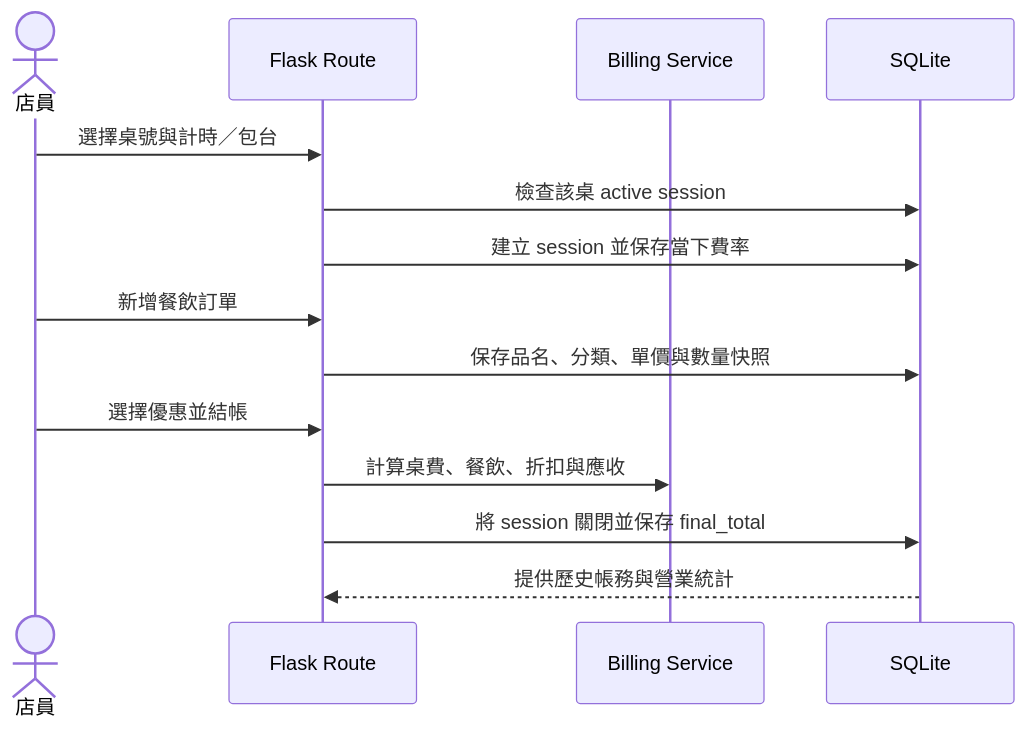
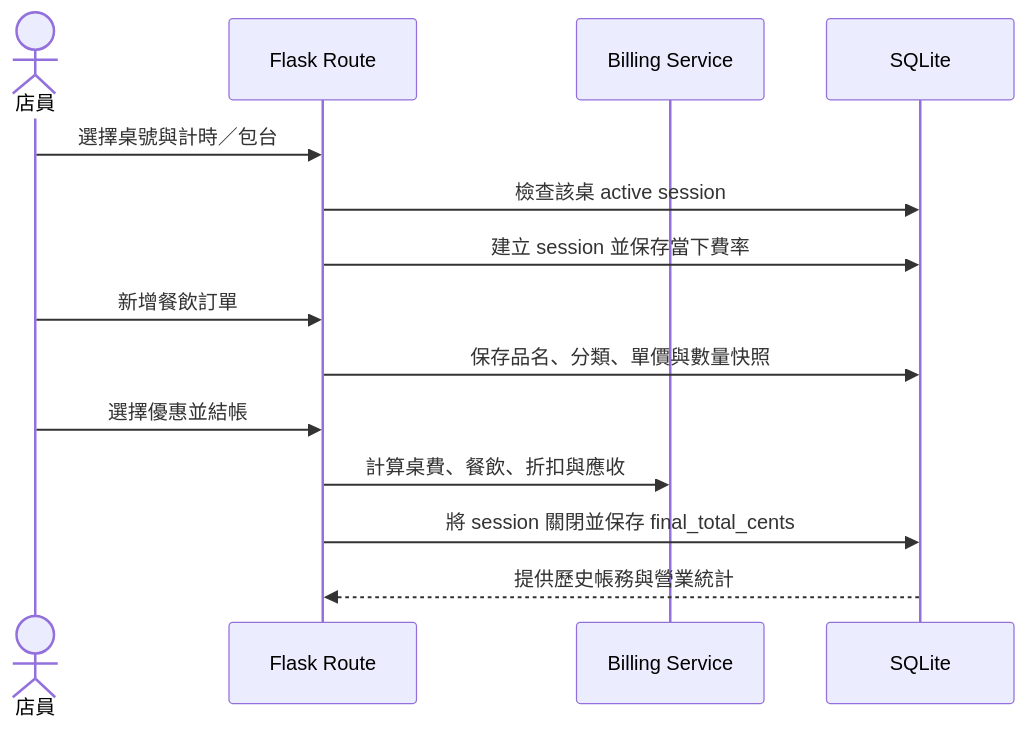
Before and after one commit to cloud-sky-0128/billiard-management-system: the third of 3 diagrams in README.md, drawn with Mermaid. The commit also changed other lines of this file and 20 other files, not shown here.

````diff
--- a/README.md
+++ b/README.md
@@ -241,17 +241,17 @@
 ```mermaid
 sequenceDiagram
     actor Staff as 店員
     participant Web as Flask Route
     participant Billing as Billing Service
     participant DB as SQLite
 
     Staff->>Web: 選擇桌號與計時／包台
     Web->>DB: 檢查該桌 active session
     Web->>DB: 建立 session 並保存當下費率
     Staff->>Web: 新增餐飲訂單
     Web->>DB: 保存品名、分類、單價與數量快照
     Staff->>Web: 選擇優惠並結帳
     Web->>Billing: 計算桌費、餐飲、折扣與應收
-    Web->>DB: 將 session 關閉並保存 final_total
+    Web->>DB: 將 session 關閉並保存 final_total_cents
     DB-->>Web: 提供歷史帳務與營業統計
 ```
````
